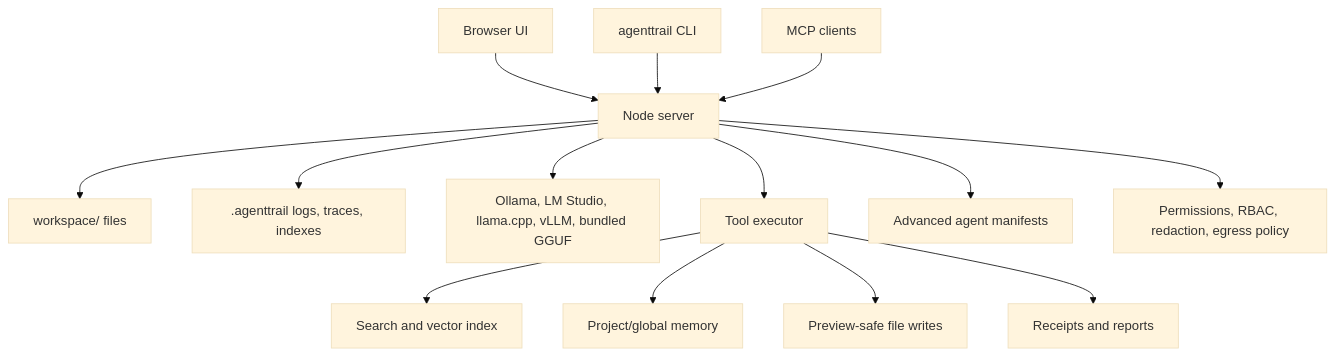
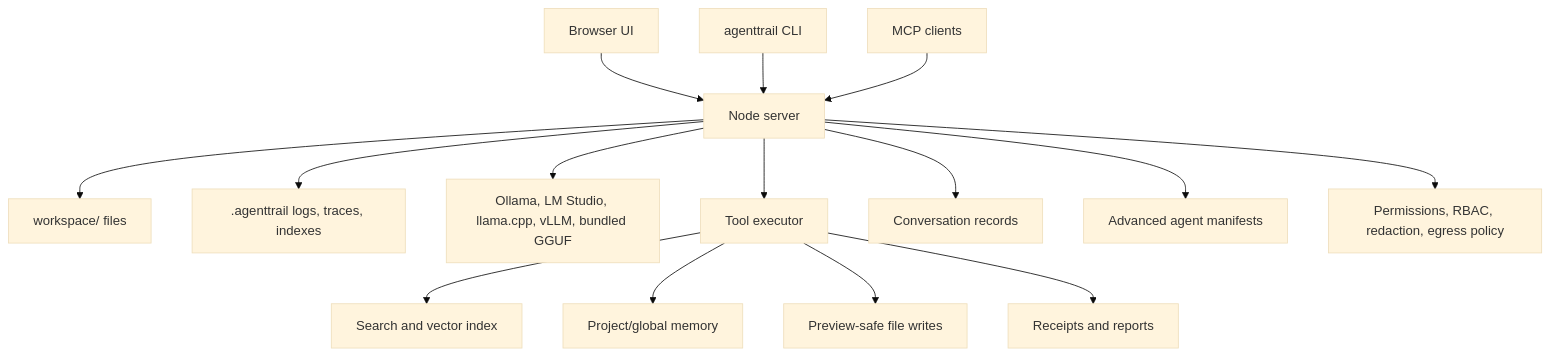
Before and after one commit to Mughal-Baig/local-ai-agent: the diagram in docs/ARCHITECTURE.md, drawn with Mermaid (base theme). The commit also changed other lines of this file and 23 other files, not shown here.

````diff
--- a/docs/ARCHITECTURE.md
+++ b/docs/ARCHITECTURE.md
@@ -7,16 +7,17 @@
 ```mermaid
 flowchart TB
   Browser["Browser UI"] --> Server["Node server"]
   CLI["agenttrail CLI"] --> Server
   MCP["MCP clients"] --> Server
   Server --> Workspace["workspace/ files"]
   Server --> Store[".agenttrail logs, traces, indexes"]
   Server --> Models["Ollama, LM Studio, llama.cpp, vLLM, bundled GGUF"]
   Server --> Tools["Tool executor"]
   Tools --> Search["Search and vector index"]
   Tools --> Memory["Project/global memory"]
   Tools --> Diff["Preview-safe file writes"]
   Tools --> Receipts["Receipts and reports"]
+  Server --> Conversations["Conversation records"]
   Server --> Advanced["Advanced agent manifests"]
   Server --> Security["Permissions, RBAC, redaction, egress policy"]
 ```
````
